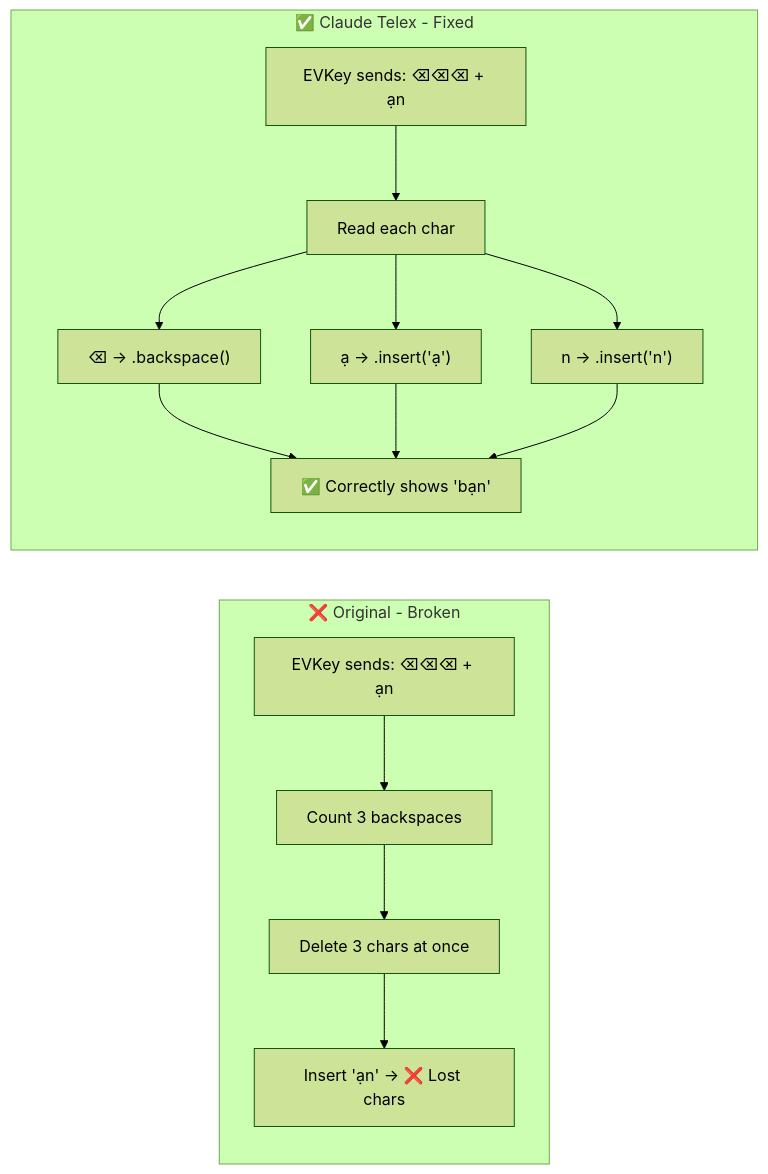
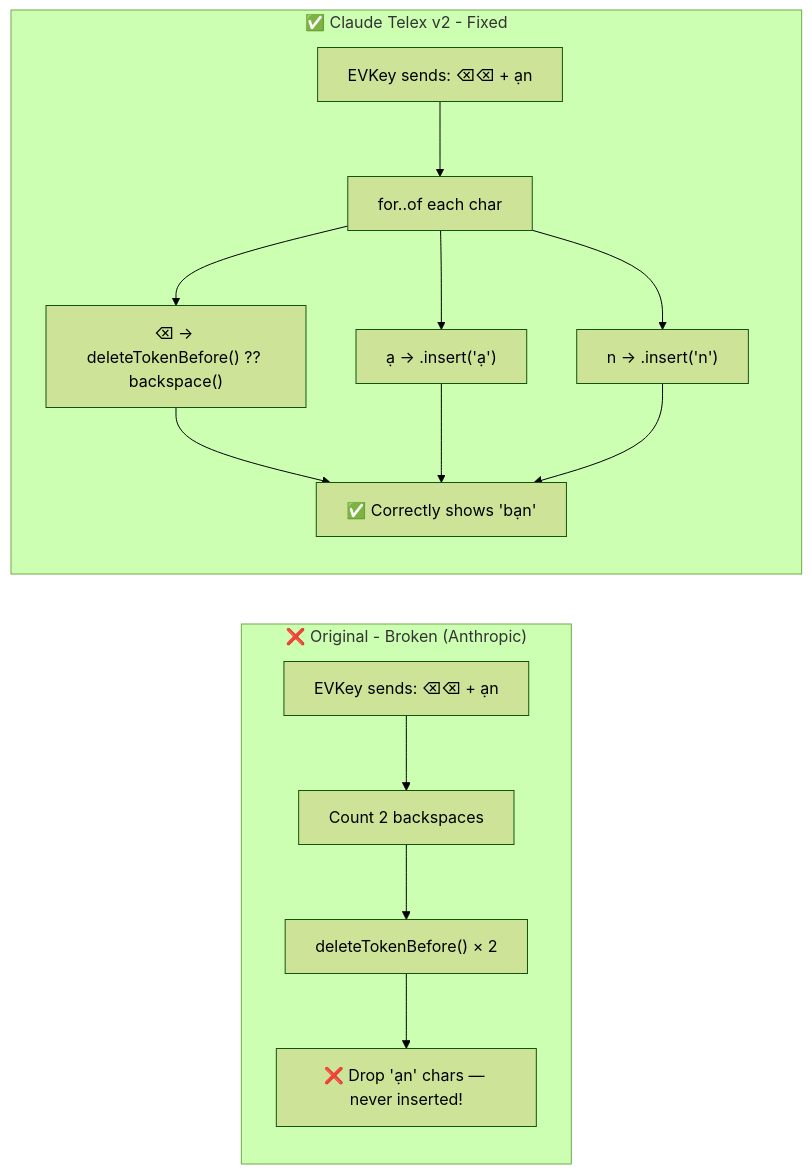
The fourth of 6 diagrams in README.md (nguyenhx2/Claude-Telex), drawn with Mermaid (forest theme) before and after one commit. The commit also changed other lines of this file, not shown here.

````diff
--- a/README.md
+++ b/README.md
@@ -212,15 +261,15 @@
 ```mermaid
 flowchart LR
-    subgraph "❌ Original - Broken"
-        A[EVKey sends: ⌫⌫⌫ + ạn] --> B[Count 3 backspaces]
-        B --> C[Delete 3 chars at once]
-        C --> D[Insert 'ạn' → ❌ Lost chars]
+    subgraph "❌ Original - Broken (Anthropic)"
+        A["EVKey sends: ⌫⌫ + ạn"] --> B["Count 2 backspaces"]
+        B --> C["deleteTokenBefore() × 2"]
+        C --> D["❌ Drop 'ạn' chars — never inserted!"]
     end
-    subgraph "✅ Claude Telex - Fixed"
-        E[EVKey sends: ⌫⌫⌫ + ạn] --> F[Read each char]
-        F --> G["⌫ → .backspace()"]
+    subgraph "✅ Claude Telex v2 - Fixed"
+        E["EVKey sends: ⌫⌫ + ạn"] --> F["for..of each char"]
+        F --> G["⌫ → deleteTokenBefore() ?? backspace()"]
         F --> H["ạ → .insert('ạ')"]
         F --> I["n → .insert('n')"]
-        G & H & I --> J[✅ Correctly shows 'bạn']
+        G & H & I --> J["✅ Correctly shows 'bạn'"]
     end
 ```
````
